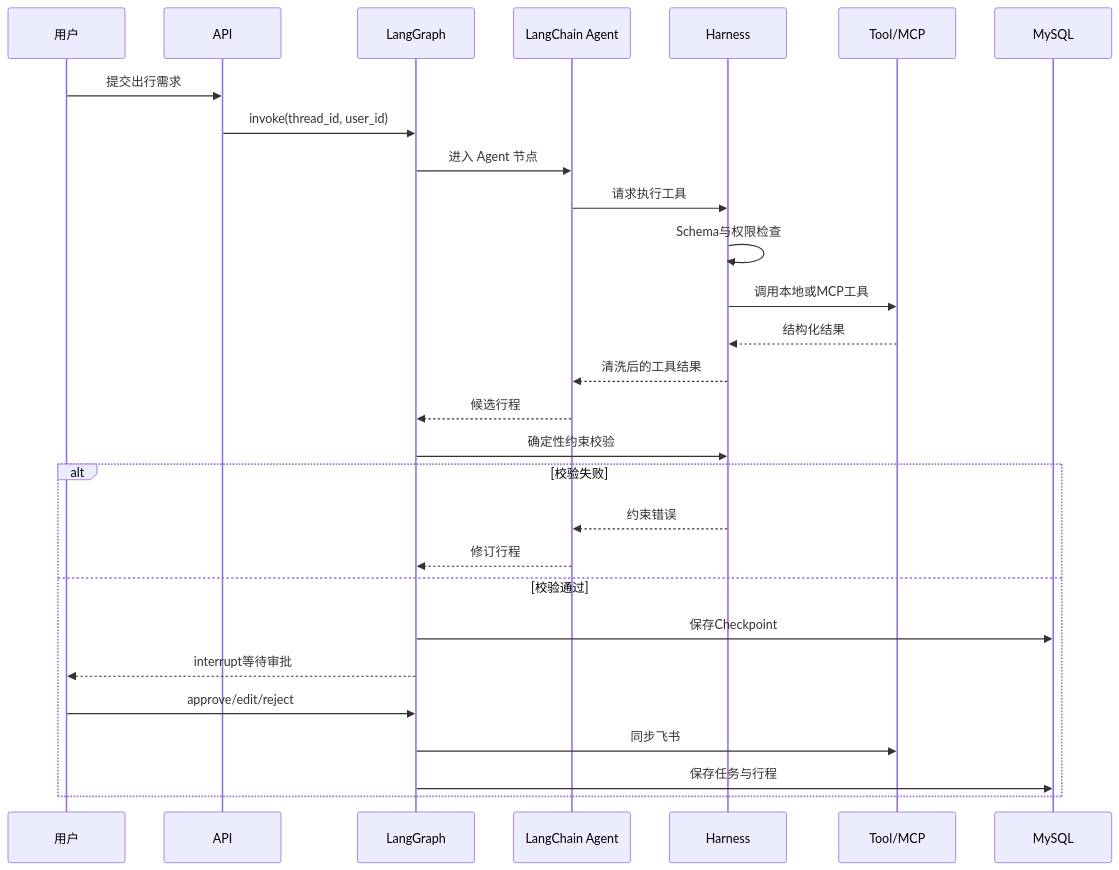
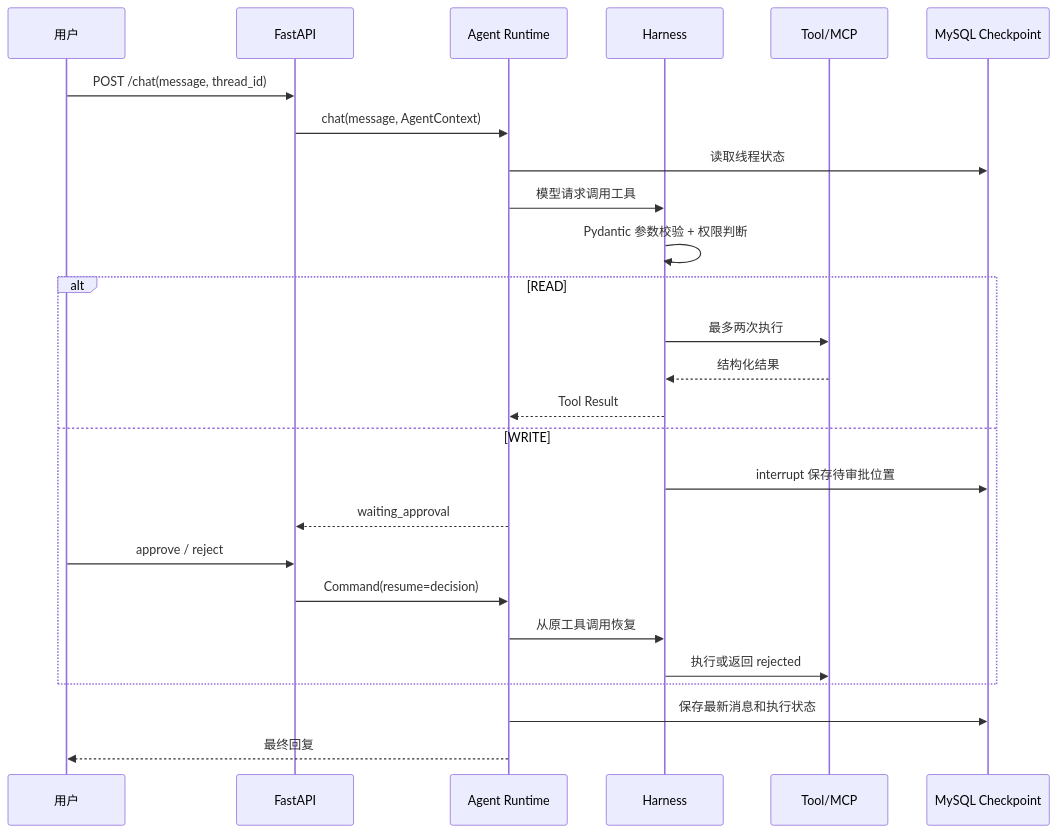
Before and after one commit to 1793172882/TravelMind: the second of 2 diagrams in docs/02-architecture-design.md, drawn with Mermaid. The commit also changed other lines of this file and 8 other files, not shown here.

````diff
--- a/docs/02-architecture-design.md
+++ b/docs/02-architecture-design.md
@@ -42,31 +73,29 @@
 ```mermaid
 sequenceDiagram
     participant U as 用户
-    participant A as API
-    participant G as LangGraph
-    participant L as LangChain Agent
+    participant API as FastAPI
+    participant R as Agent Runtime
     participant H as Harness
     participant T as Tool/MCP
-    participant D as MySQL
+    participant C as MySQL Checkpoint
 
-    U->>A: 提交出行需求
-    A->>G: invoke(thread_id, user_id)
-    G->>L: 进入 Agent 节点
-    L->>H: 请求执行工具
-    H->>H: Schema与权限检查
-    H->>T: 调用本地或MCP工具
-    T-->>H: 结构化结果
-    H-->>L: 清洗后的工具结果
-    L-->>G: 候选行程
-    G->>H: 确定性约束校验
-    alt 校验失败
-        H-->>L: 约束错误
-        L-->>G: 修订行程
-    else 校验通过
-        G->>D: 保存Checkpoint
-        G-->>U: interrupt等待审批
-        U->>G: approve/edit/reject
-        G->>T: 同步飞书
-        G->>D: 保存任务与行程
+    U->>API: POST /chat(message, thread_id)
+    API->>R: chat(message, AgentContext)
+    R->>C: 读取线程状态
+    R->>H: 模型请求调用工具
+    H->>H: Pydantic 参数校验 + 权限判断
+    alt READ
+        H->>T: 最多两次执行
+        T-->>H: 结构化结果
+        H-->>R: Tool Result
+    else WRITE
+        H->>C: interrupt 保存待审批位置
+        R-->>API: waiting_approval
+        U->>API: approve / reject
+        API->>R: Command(resume=decision)
+        R->>H: 从原工具调用恢复
+        H->>T: 执行或返回 rejected
     end
+    R->>C: 保存最新消息和执行状态
+    R-->>U: 最终回复
 ```
````
